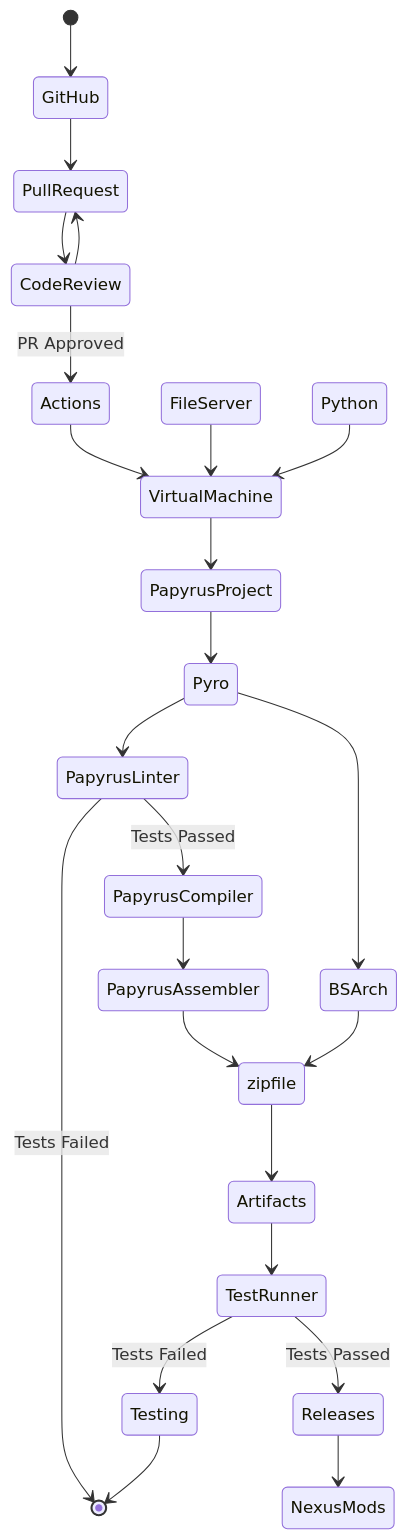
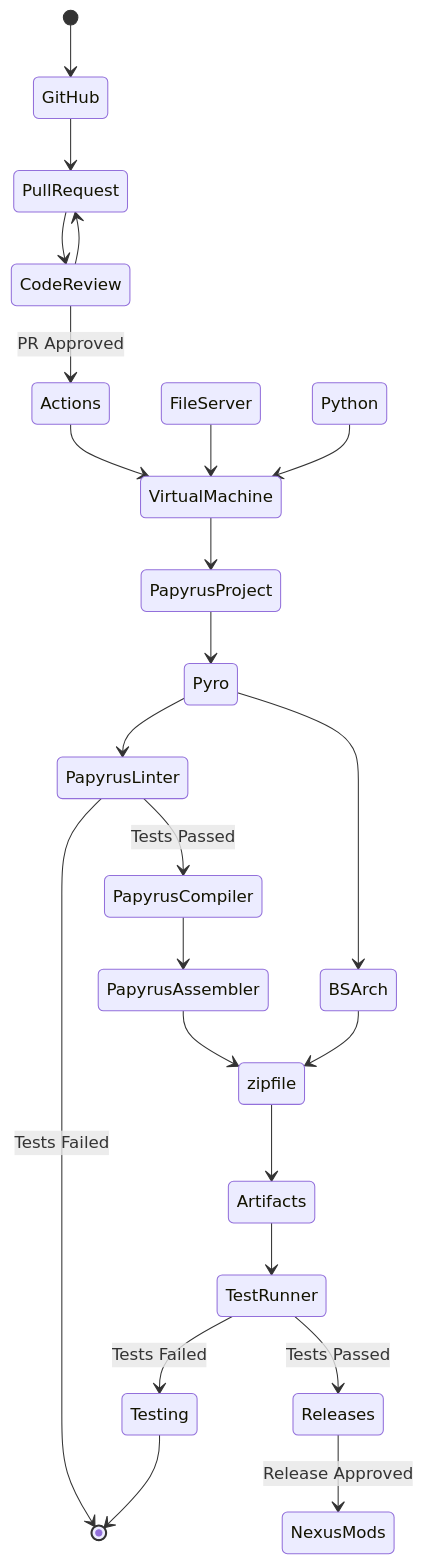
The diagram in pyro/workflows/ci-test-automation.md (fireundubh/playwithfire), drawn with Mermaid before and after one commit. The commit also changed other lines of this file, not shown here.

Commit message:
docs: update pyro/workflows/ci-test-automation

````diff
--- a/pyro/workflows/ci-test-automation.md
+++ b/pyro/workflows/ci-test-automation.md
@@ -22,26 +22,26 @@
 ```mermaid
 stateDiagram
   [*] --> GitHub
 	GitHub --> PullRequest
 	PullRequest --> CodeReview
 	CodeReview --> PullRequest
 	CodeReview --> Actions: PR Approved
   Actions --> VirtualMachine
   FileServer --> VirtualMachine
   Python --> VirtualMachine
   VirtualMachine --> PapyrusProject
   PapyrusProject --> Pyro
   Pyro --> PapyrusLinter
   PapyrusLinter --> [*]: Tests Failed
 	PapyrusLinter --> PapyrusCompiler: Tests Passed
   PapyrusCompiler --> PapyrusAssembler
   Pyro --> BSArch
   PapyrusAssembler --> zipfile
   BSArch --> zipfile
   zipfile --> Artifacts
   Artifacts --> TestRunner
   TestRunner --> Releases: Tests Passed
   TestRunner --> Testing: Tests Failed
   Testing --> [*]
-  Releases --> NexusMods
+  Releases --> NexusMods: Release Approved
 ```
````
